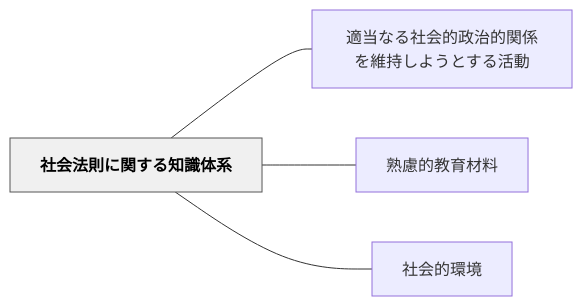
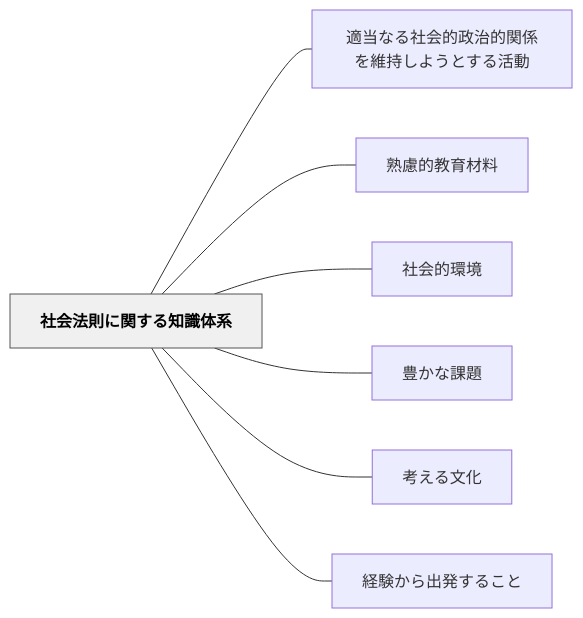
The diagram in content/パタン/社会法則に関する知識体系.md (unknownthings-ed-patterns/unknownthings-ed-patterns), drawn with Mermaid before and after one commit. The commit also changed other lines of this file and 36 other files, not shown here.

````diff
--- a/content/パタン/社会法則に関する知識体系.md
+++ b/content/パタン/社会法則に関する知識体系.md
@@ -43,14 +47,20 @@
 ```mermaid
 flowchart LR
     ne7a4bee4bc9ae6b395e58987e381abe996a2e38199e3828be79fa5e8ad98e4bd93e7b3bb["社会法則に関する知識体系"]
     ne981a9e5bd93e381aae3828be7a4bee4bc9ae79a84e694bfe6b2bbe79a84e996a2e4bf82e38292e7b6ade68c81e38197e38288e38186e381a8e38199e3828be6b4bbe58b95["適当なる社会的政治的関係を維持しようとする活動"]
     ne7869fe685aee79a84e69599e882b2e69d90e69699["熟慮的教育材料"]
     ne7a4bee4bc9ae79a84e792b0e5a283["社会的環境"]
+    ne8b18ae3818be381aae8aab2e9a18c["豊かな課題"]
+    ne88083e38188e3828be69687e58c96["考える文化"]
+    ne7b58ce9a893e3818be38289e587bae799bae38199e3828be38193e381a8["経験から出発すること"]
 
     ne7a4bee4bc9ae6b395e58987e381abe996a2e38199e3828be79fa5e8ad98e4bd93e7b3bb --- ne981a9e5bd93e381aae3828be7a4bee4bc9ae79a84e694bfe6b2bbe79a84e996a2e4bf82e38292e7b6ade68c81e38197e38288e38186e381a8e38199e3828be6b4bbe58b95
     ne7a4bee4bc9ae6b395e58987e381abe996a2e38199e3828be79fa5e8ad98e4bd93e7b3bb --- ne7869fe685aee79a84e69599e882b2e69d90e69699
     ne7a4bee4bc9ae6b395e58987e381abe996a2e38199e3828be79fa5e8ad98e4bd93e7b3bb --- ne7a4bee4bc9ae79a84e792b0e5a283
+    ne7a4bee4bc9ae6b395e58987e381abe996a2e38199e3828be79fa5e8ad98e4bd93e7b3bb --- ne8b18ae3818be381aae8aab2e9a18c
+    ne7a4bee4bc9ae6b395e58987e381abe996a2e38199e3828be79fa5e8ad98e4bd93e7b3bb --- ne88083e38188e3828be69687e58c96
+    ne7a4bee4bc9ae6b395e58987e381abe996a2e38199e3828be79fa5e8ad98e4bd93e7b3bb --- ne7b58ce9a893e3818be38289e587bae799bae38199e3828be38193e381a8
 
     classDef hub fill:#f0f0f0,stroke:#555,color:#000,font-weight:bold
     class ne7a4bee4bc9ae6b395e58987e381abe996a2e38199e3828be79fa5e8ad98e4bd93e7b3bb hub
 ```
````
